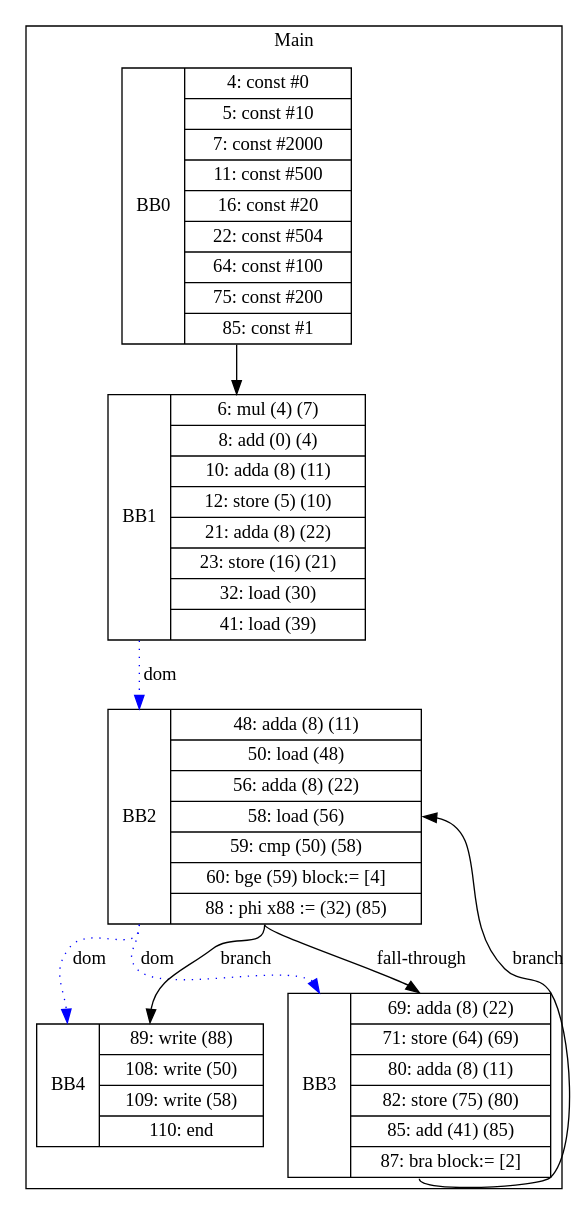
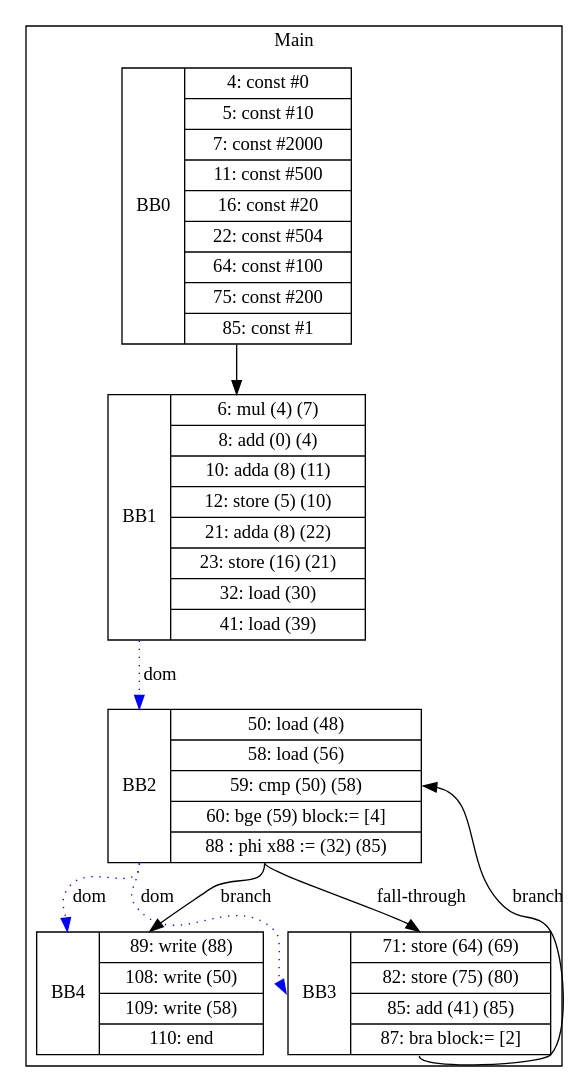
The diagram in visualization/Hongyu/while/test1.gv (zjc664656505/UCI-CS241-Advanced-Compiler-main), drawn with Graphviz before and after one commit. The commit also changed 12 other files, not shown here.

```diff
--- a/visualization/Hongyu/while/test1.gv
+++ b/visualization/Hongyu/while/test1.gv
@@ -1,18 +1,18 @@
 digraph G {
 node [shape=record];
 subgraph cluster_main{
 label = "Main";
 BB0 [shape=record, label="<b>BB0|{4: const #0|5: const #10|7: const #2000|11: const #500|16: const #20|22: const #504|64: const #100|75: const #200|85: const #1}"];
 BB1 [shape=record, label="<b>BB1|{6: mul (4) (7)|8: add (0) (4)|10: adda (8) (11)|12: store (5) (10)|21: adda (8) (22)|23: store (16) (21)|32: load (30)|41: load (39)}"];
-BB2 [shape=record, label="<b>BB2|{48: adda (8) (11)|50: load (48)|56: adda (8) (22)|58: load (56)|59: cmp (50) (58)|60: bge (59) block:= [4]|88 : phi x88 := (32) (85)}"];
-BB3 [shape=record, label="<b>BB3|{69: adda (8) (22)|71: store (64) (69)|80: adda (8) (11)|82: store (75) (80)|85: add (41) (85)|87: bra block:= [2]}"];
+BB2 [shape=record, label="<b>BB2|{50: load (48)|58: load (56)|59: cmp (50) (58)|60: bge (59) block:= [4]|88 : phi x88 := (32) (85)}"];
+BB3 [shape=record, label="<b>BB3|{71: store (64) (69)|82: store (75) (80)|85: add (41) (85)|87: bra block:= [2]}"];
 BB4 [shape=record, label="<b>BB4|{89: write (88)|108: write (50)|109: write (58)|110: end}"];
 }
 BB0:s -> BB1:n ;
 BB2:b -> BB3:b [color=blue, style=dotted, label="dom"];
 BB2:b -> BB4:b [color=blue, style=dotted, label="dom"];
 BB1:b -> BB2:b [color=blue, style=dotted, label="dom"];
 BB2:s -> BB4:n [label="branch"];
 BB3:s -> BB2:e [label="branch"];
 BB2:s -> BB3:n [label="fall-through"];
 }
```
